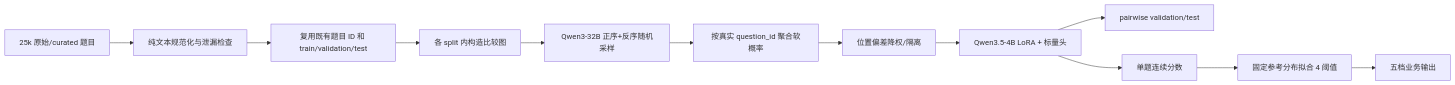
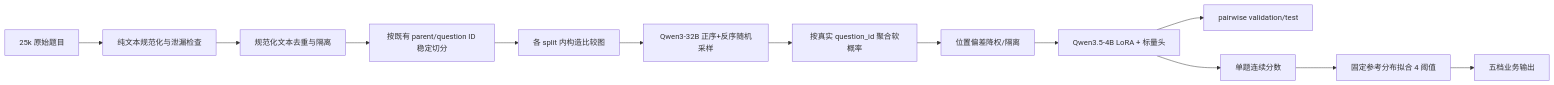
One commit to wishfine/physics-difficulty-rater changed the diagram in docs/pairwise_v3.md. Above: the diagram before and after it, drawn with Mermaid. The commit also changed other lines of this file and 5 other files, not shown here.

````diff
--- a/docs/pairwise_v3.md
+++ b/docs/pairwise_v3.md
@@ -34,14 +34,15 @@
 ```mermaid
 flowchart LR
-    R["25k 原始/curated 题目"] --> N["纯文本规范化与泄漏检查"]
-    N --> S["复用既有题目 ID 和 train/validation/test"]
+    R["25k 原始题目"] --> N["纯文本规范化与泄漏检查"]
+    N --> D["规范化文本去重与隔离"]
+    D --> S["按既有 parent/question ID 稳定切分"]
     S --> G["各 split 内构造比较图"]
     G --> J["Qwen3-32B 正序+反序随机采样"]
     J --> A["按真实 question_id 聚合软概率"]
     A --> C["位置偏差降权/隔离"]
     C --> T["Qwen3.5-4B LoRA + 标量头"]
     T --> E["pairwise validation/test"]
     T --> Q["单题连续分数"]
     Q --> H["固定参考分布拟合 4 阈值"]
     H --> P["五档业务输出"]
 ```
````
